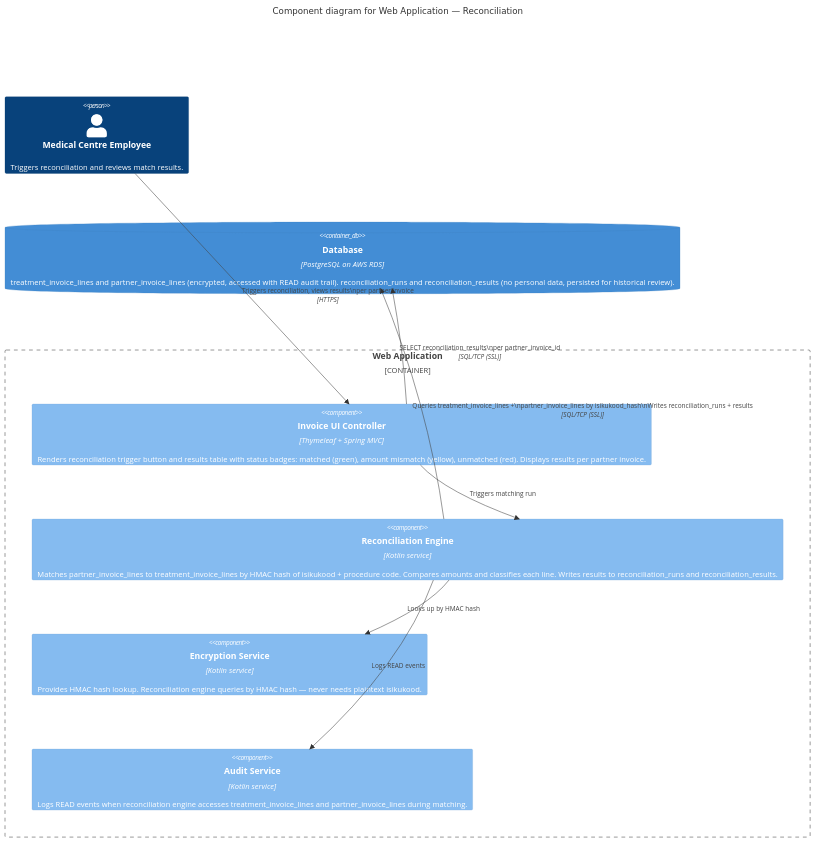
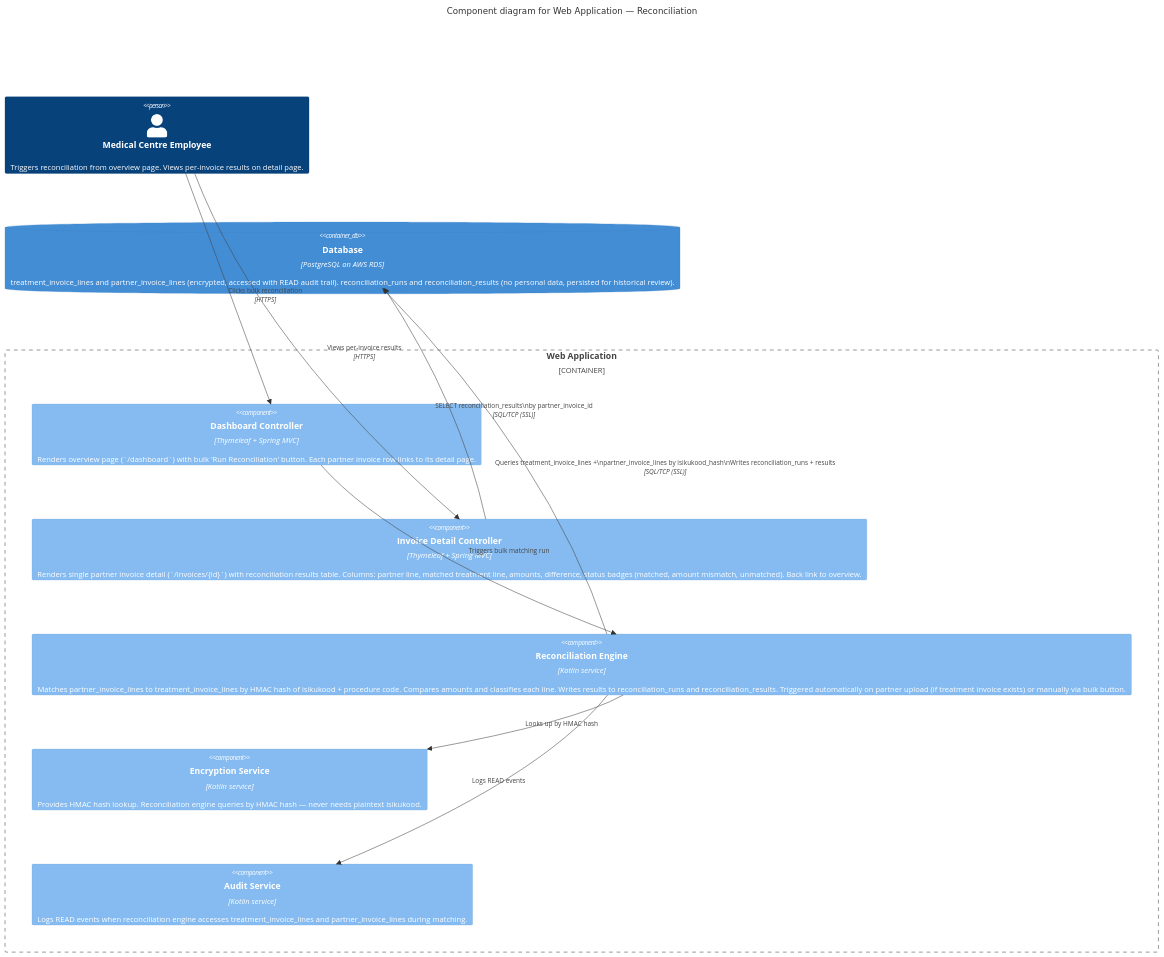
The diagram in proof_of_concept/docs/architecture/diagrams/components/spring-boot-app/reconciliation.md (JoosepLem/CLAiM), drawn with Mermaid before and after one commit. The commit also changed 4 other files, not shown here.

Commit message:
Add three-page UI structure: login, dashboard overview, invoice detail

````diff
--- a/proof_of_concept/docs/architecture/diagrams/components/spring-boot-app/reconciliation.md
+++ b/proof_of_concept/docs/architecture/diagrams/components/spring-boot-app/reconciliation.md
@@ -1,26 +1,29 @@
 ```mermaid
 %%{init: {'theme': 'base', 'themeVariables': {'lineColor': '#999999'}}}%%
 C4Component
     title Component diagram for Web Application — Reconciliation
 
-    Person(employee, "Medical Centre Employee", "Triggers reconciliation and reviews match results.")
+    Person(employee, "Medical Centre Employee", "Triggers reconciliation from overview page. Views per-invoice results on detail page.")
 
     Container_Boundary(spring_boot, "Web Application") {
-        Component(ui, "Invoice UI Controller", "Thymeleaf + Spring MVC", "Renders reconciliation trigger button and results table with status badges: matched (green), amount mismatch (yellow), unmatched (red). Displays results per partner invoice.")
+        Component(dashboard, "Dashboard Controller", "Thymeleaf + Spring MVC", "Renders overview page (`/dashboard`) with bulk 'Run Reconciliation' button. Each partner invoice row links to its detail page.")
 
-        Component(recon_engine, "Reconciliation Engine", "Kotlin service", "Matches partner_invoice_lines to treatment_invoice_lines by HMAC hash of isikukood + procedure code. Compares amounts and classifies each line. Writes results to reconciliation_runs and reconciliation_results.")
+        Component(detail, "Invoice Detail Controller", "Thymeleaf + Spring MVC", "Renders single partner invoice detail (`/invoices/{id}`) with reconciliation results table. Columns: partner line, matched treatment line, amounts, difference, status badges (matched, amount mismatch, unmatched). Back link to overview.")
+
+        Component(recon_engine, "Reconciliation Engine", "Kotlin service", "Matches partner_invoice_lines to treatment_invoice_lines by HMAC hash of isikukood + procedure code. Compares amounts and classifies each line. Writes results to reconciliation_runs and reconciliation_results. Triggered automatically on partner upload (if treatment invoice exists) or manually via bulk button.")
 
         Component(encryption_svc, "Encryption Service", "Kotlin service", "Provides HMAC hash lookup. Reconciliation engine queries by HMAC hash — never needs plaintext isikukood.")
 
         Component(audit_svc, "Audit Service", "Kotlin service", "Logs READ events when reconciliation engine accesses treatment_invoice_lines and partner_invoice_lines during matching.")
     }
 
     ContainerDb(postgres, "Database", "PostgreSQL on AWS RDS", "treatment_invoice_lines and partner_invoice_lines (encrypted, accessed with READ audit trail). reconciliation_runs and reconciliation_results (no personal data, persisted for historical review).")
 
-    Rel(employee, ui, "Triggers reconciliation, views results\nper partner invoice", "HTTPS")
-    Rel(ui, recon_engine, "Triggers matching run")
-    Rel(ui, postgres, "SELECT reconciliation_results\nper partner_invoice_id", "SQL/TCP (SSL)")
+    Rel(employee, dashboard, "Clicks bulk reconciliation", "HTTPS")
+    Rel(employee, detail, "Views per-invoice results", "HTTPS")
+    Rel(dashboard, recon_engine, "Triggers bulk matching run")
+    Rel(detail, postgres, "SELECT reconciliation_results\nby partner_invoice_id", "SQL/TCP (SSL)")
     Rel(recon_engine, encryption_svc, "Looks up by HMAC hash")
     Rel(recon_engine, audit_svc, "Logs READ events")
     Rel(recon_engine, postgres, "Queries treatment_invoice_lines +\npartner_invoice_lines by isikukood_hash\nWrites reconciliation_runs + results", "SQL/TCP (SSL)")
 ```
````
